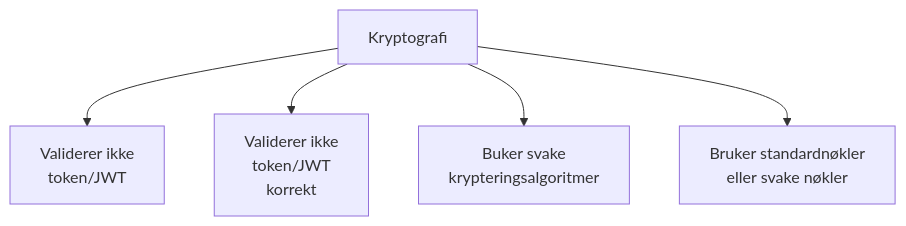
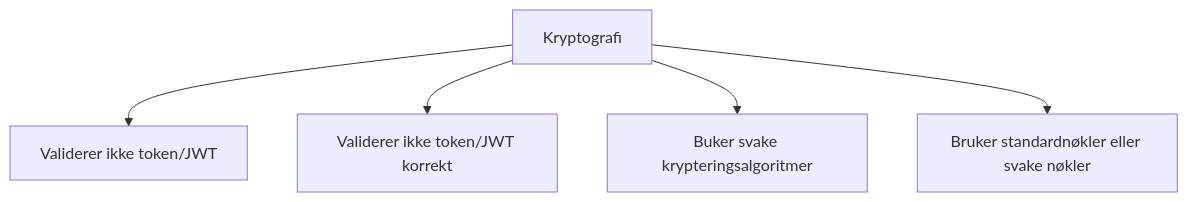
Before and after one commit to navikt/security-playbook: the sixth of 18 diagrams in docs/08-sikker-utvikling/_saarbarhetstraer.mdx, drawn with Mermaid. The commit also changed other lines of this file, not shown here.

````diff
--- a/docs/08-sikker-utvikling/_saarbarhetstraer.mdx
+++ b/docs/08-sikker-utvikling/_saarbarhetstraer.mdx
@@ -85,7 +85,7 @@
 ```mermaid
 graph TD;
-    KRYPT[Kryptografi]-->MANGEL[Validerer ikke\n token/JWT];
-    KRYPT-->FEIL[Validerer ikke\n token/JWT\n korrekt];
-    KRYPT-->SVAK[Buker svake\n krypteringsalgoritmer];
-    KRYPT-->STD[Bruker standardnøkler\n eller svake nøkler];
+    KRYPT[Kryptografi]-->MANGEL[Validerer ikke token/JWT];
+    KRYPT-->FEIL[Validerer ikke token/JWT korrekt];
+    KRYPT-->SVAK[Buker svake krypteringsalgoritmer];
+    KRYPT-->STD[Bruker standardnøkler eller svake nøkler];
 ```
````
